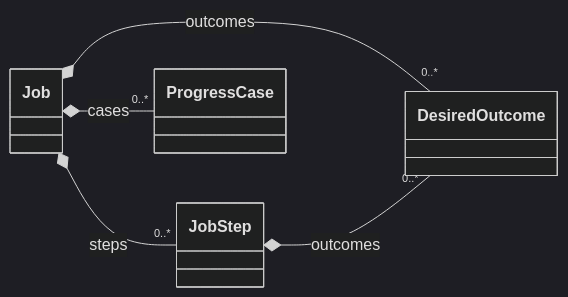
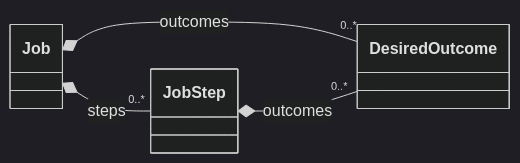
Before and after one commit to craigsmitham/dotspec: the seventh of 16 diagrams in docs/reference/model/core.md, drawn with Mermaid (dark theme). The commit also changed other lines of this file and 148 other files, not shown here.

````diff
--- a/docs/reference/model/core.md
+++ b/docs/reference/model/core.md
@@ -183,12 +183,10 @@
 ```mermaid
 classDiagram
     direction LR
     class Job
     class JobStep
     class DesiredOutcome
-    class ProgressCase
     Job *-- "0..*" JobStep : steps
     Job *-- "0..*" DesiredOutcome : outcomes
-    Job *-- "0..*" ProgressCase : cases
     JobStep *-- "0..*" DesiredOutcome : outcomes
 ```
````
